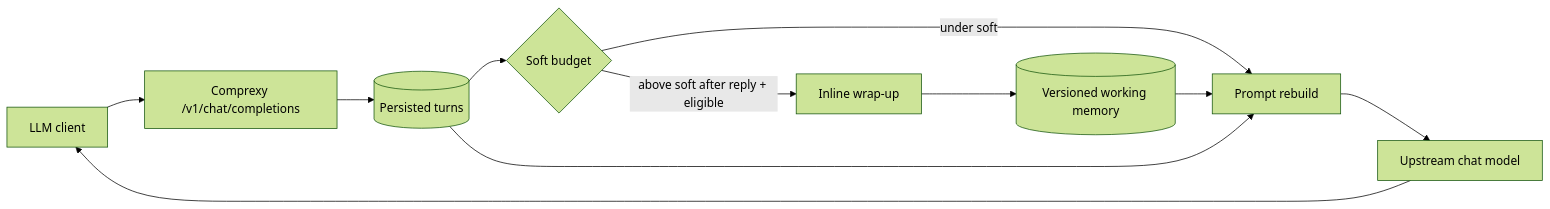
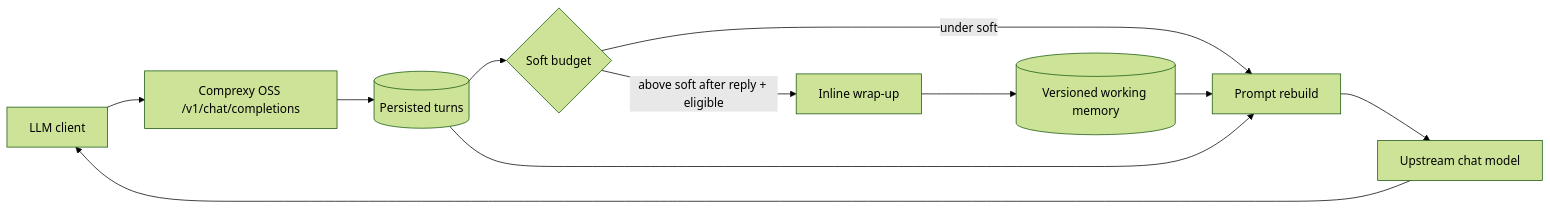
One commit to norielmallari/comprexy changed the diagram in README.md. Above: the diagram before and after it, drawn with Mermaid (forest theme). The commit also changed other lines of this file and 6 other files, not shown here.

````diff
--- a/README.md
+++ b/README.md
@@ -234,13 +246,13 @@
 ```mermaid
 flowchart LR
-  Client[LLM client] --> Proxy["Comprexy /v1/chat/completions"]
+  Client[LLM client] --> Proxy["Comprexy OSS /v1/chat/completions"]
   Proxy --> Store[(Persisted turns)]
   Store --> Budget{Soft budget}
   Budget -->|under soft| Rebuild[Prompt rebuild]
   Budget -->|above soft after reply + eligible| SoftPath[Inline wrap-up]
   SoftPath --> WM[(Versioned working memory)]
   WM --> Rebuild
   Store --> Rebuild
   Rebuild --> Upstream[Upstream chat model]
   Upstream --> Client
 ```
````
